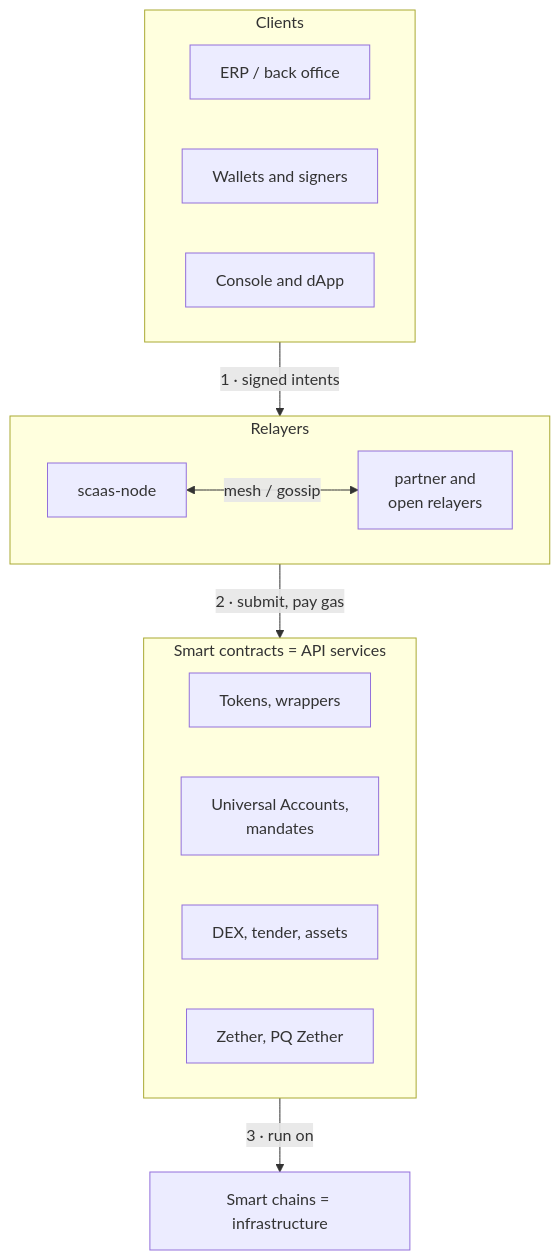
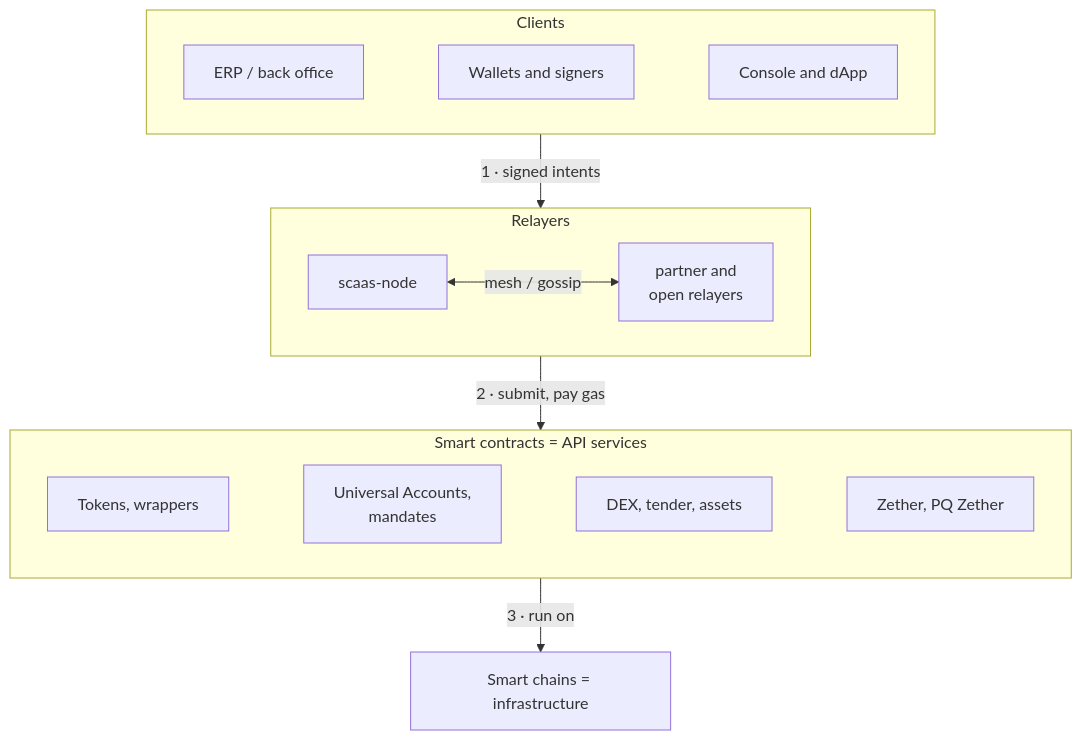
One commit to dinhduongha/scaas changed the eighth of 9 diagrams in README.md. Above: the diagram before and after it, drawn with Mermaid. The commit also changed 2 other files, not shown here.

Commit message:
docs: Mermaid layout fixes for tall diagrams
The write-out/read-in loop, the README component map and the
court-order flow collapsed into tall columns because Mermaid ignores a
subgraph's direction once an inner node links outside it. Edges now join
subgraphs, siblings are chained with invisible links, and the order flow
reads left to right. All 27 diagrams re-rendered and checked for aspect.

````diff
--- a/README.md
+++ b/README.md
@@ -685,24 +685,19 @@
 ```mermaid
 flowchart TB
     subgraph CL["Clients"]
         direction LR
-        ERP["ERP / back office"]
-        W["Wallets and signers"]
-        A["Console and dApp"]
+        ERP["ERP / back office"] ~~~ W["Wallets and signers"] ~~~ A["Console and dApp"]
     end
     subgraph NO["Relayers"]
         direction LR
         N1["scaas-node"] <-->|"mesh / gossip"| N2["partner and<br/>open relayers"]
     end
     subgraph SC["Smart contracts = API services"]
         direction LR
-        T["Tokens, wrappers"]
-        M["Universal Accounts,<br/>mandates"]
-        D["DEX, tender, assets"]
-        Z["Zether, PQ Zether"]
+        T["Tokens, wrappers"] ~~~ M["Universal Accounts,<br/>mandates"] ~~~ D["DEX, tender, assets"] ~~~ Z["Zether, PQ Zether"]
     end
     CH["Smart chains = infrastructure"]
     CL -->|"1 · signed intents"| NO
     NO -->|"2 · submit, pay gas"| SC
     SC -->|"3 · run on"| CH
 ```
````
